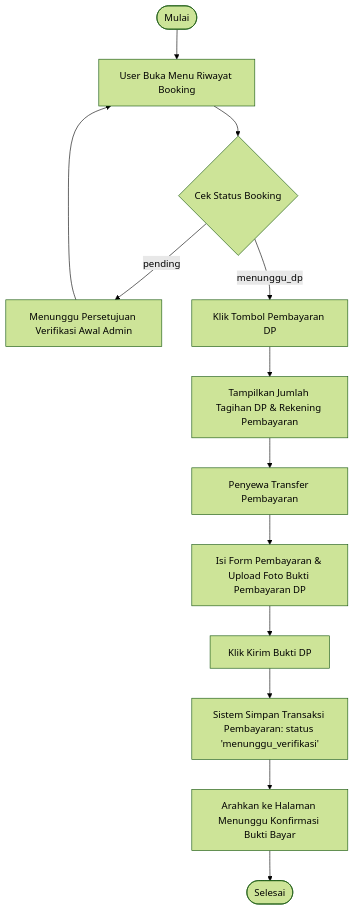
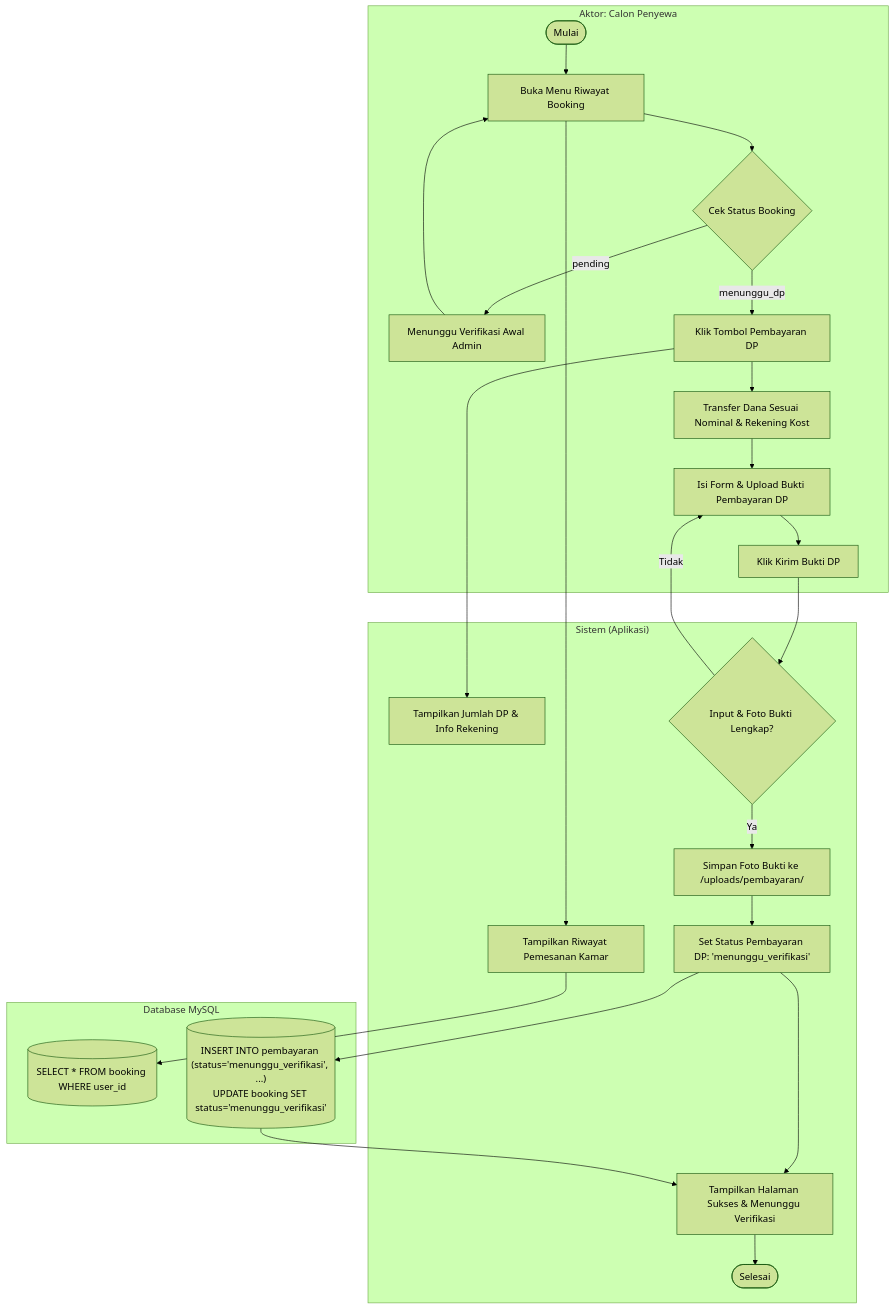
The tenth of 10 diagrams in activity_diagrams.md (Raflysaputra20/EL-MISARAH), drawn with Mermaid (forest theme) before and after one commit. The commit also changed other lines of this file and 2 other files, not shown here.

````diff
--- a/activity_diagrams.md
+++ b/activity_diagrams.md
@@ -281,17 +435,34 @@
 ```mermaid
-flowchart TD
-    Start([Mulai]) --> BukaRiwayatBooking[User Buka Menu Riwayat Booking]
-    BukaRiwayatBooking --> LihatStatus{Cek Status Booking}
+flowchart TB
+    subgraph Aktor ["Aktor: Calon Penyewa"]
+        Start3_3([Mulai]) --> BukaRiwayat3_3[Buka Menu Riwayat Booking]
+        BukaRiwayat3_3 --> CekStatus3_3{Cek Status Booking}
+        
+        %% Pending
+        CekStatus3_3 -- pending --> TungguPersetujuan3_3[Menunggu Verifikasi Awal Admin] --> BukaRiwayat3_3
+        
+        %% Menunggu DP
+        CekStatus3_3 -- menunggu_dp --> KlikBayar3_3[Klik Tombol Pembayaran DP]
+        KlikBayar3_3 --> TransferDP3_3[Transfer Dana Sesuai Nominal & Rekening Kost]
+        TransferDP3_3 --> FormUploadDP3_3[Isi Form & Upload Bukti Pembayaran DP]
+        FormUploadDP3_3 --> KlikKirim3_3[Klik Kirim Bukti DP]
+    end
     
-    LihatStatus -- pending --> TungguPersetujuan[Menunggu Persetujuan Verifikasi Awal Admin] --> BukaRiwayatBooking
+    subgraph Sistem ["Sistem (Aplikasi)"]
+        BukaRiwayat3_3 --> TampilkanRiwayat3_3[Tampilkan Riwayat Pemesanan Kamar]
+        KlikBayar3_3 --> TampilkanHalamanBayar3_3[Tampilkan Jumlah DP & Info Rekening]
+        KlikKirim3_3 --> ValidasiForm3_3{Input & Foto Bukti Lengkap?}
+        ValidasiForm3_3 -- Tidak --> FormUploadDP3_3
+        ValidasiForm3_3 -- Ya --> UploadFoto3_3[Simpan Foto Bukti ke /uploads/pembayaran/]
+        UploadFoto3_3 --> SimpanPembayaran3_3[Set Status Pembayaran DP: 'menunggu_verifikasi']
+        SimpanPembayaran3_3 --> TampilkanSukses3_3[Tampilkan Halaman Sukses & Menunggu Verifikasi]
+        TampilkanSukses3_3 --> End3_3([Selesai])
+    end
     
-    LihatStatus -- menunggu_dp --> KlikBayar[Klik Tombol Pembayaran DP]
-    KlikBayar --> HalamanBayar[Tampilkan Jumlah Tagihan DP & Rekening Pembayaran]
-    HalamanBayar --> BayarTransfer[Penyewa Transfer Pembayaran]
-    
-    BayarTransfer --> FormUploadDP[Isi Form Pembayaran & Upload Foto Bukti Pembayaran DP]
-    FormUploadDP --> SubmitDP[Klik Kirim Bukti DP]
-    SubmitDP --> SimpanBuktiDB[Sistem Simpan Transaksi Pembayaran: status 'menunggu_verifikasi']
-    
-    SimpanBuktiDB --> HalamanSelesai[Arahkan ke Halaman Menunggu Konfirmasi Bukti Bayar] --> End([Selesai])
+    subgraph Database ["Database MySQL"]
+        TampilkanRiwayat3_3 --> QueryBooking3_3[("SELECT * FROM booking WHERE user_id")]
+        SimpanPembayaran3_3 --> DBInsertPembayaran3_3[("INSERT INTO pembayaran (status='menunggu_verifikasi', ...)<br/>UPDATE booking SET status='menunggu_verifikasi'")]
+        
+        DBInsertPembayaran3_3 --> TampilkanSukses3_3
+    end
 ```
````
